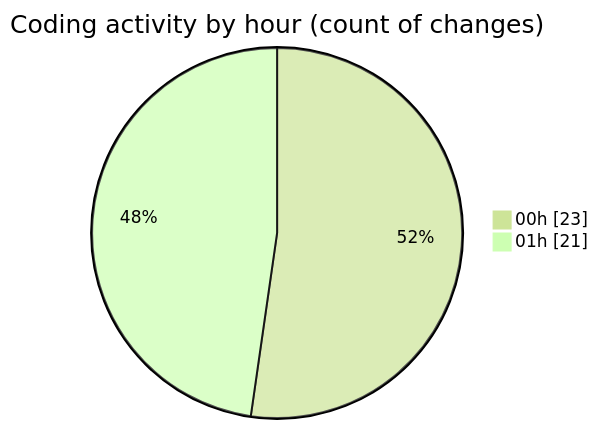
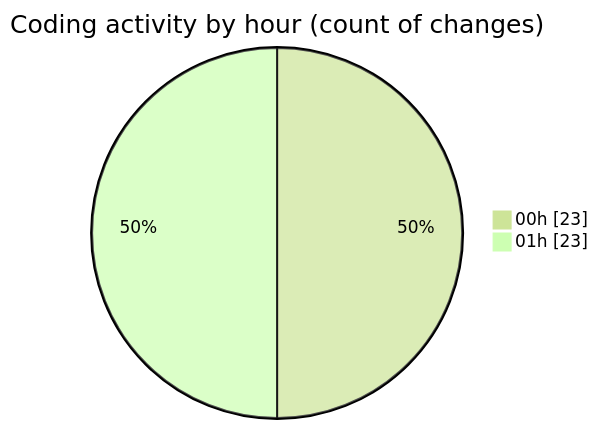
One commit to donsfak/code-tracking changed the second of 2 diagrams in 2025-10-20/weather_insights_app/README.md. Above: the diagram before and after it, drawn with Mermaid (forest theme). The commit also changed other lines of this file and 1 other file, not shown here.

````diff
--- a/2025-10-20/weather_insights_app/README.md
+++ b/2025-10-20/weather_insights_app/README.md
@@ -39,6 +39,6 @@
 ```mermaid
 pie showData
 title Coding activity by hour (count of changes)
 "00h" : 23
-"01h" : 21
+"01h" : 23
 ```
````
